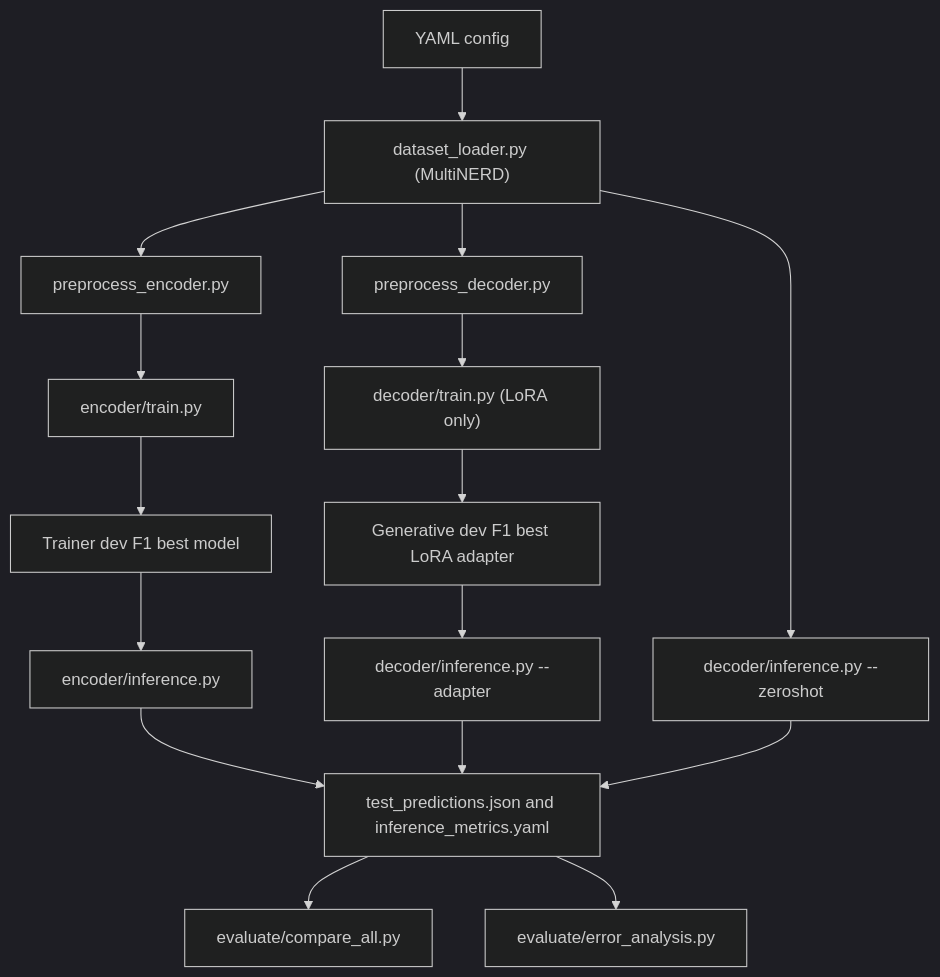
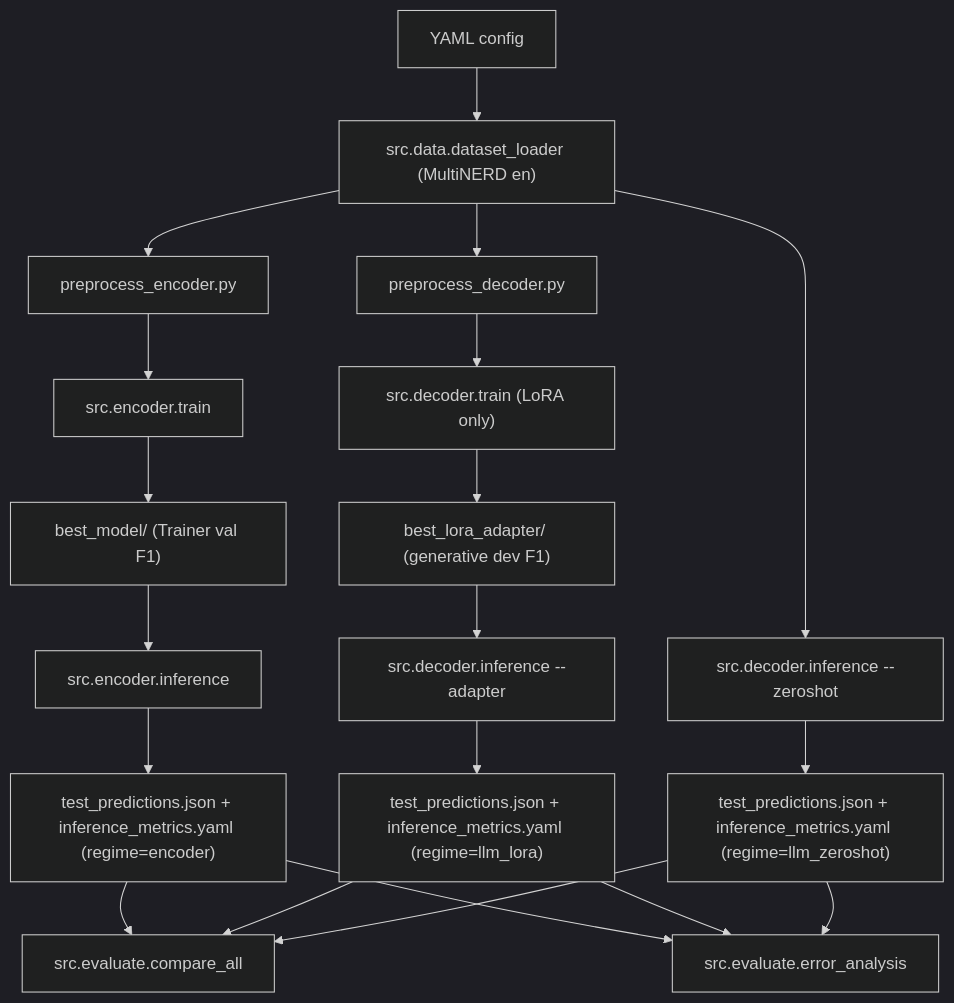
One commit to luajosman/bachelor-thesis-llm-vs-encoder-ner changed the diagram in README.md. Above: the diagram before and after it, drawn with Mermaid (dark theme). The commit also changed other lines of this file, not shown here.

````diff
--- a/README.md
+++ b/README.md
@@ -169,18 +195,27 @@
 ```mermaid
 flowchart TD
-    A["YAML config"] --> B["dataset_loader.py (MultiNERD)"]
+    A["YAML config"] --> B["src.data.dataset_loader (MultiNERD en)"]
     B --> C1["preprocess_encoder.py"]
     B --> C2["preprocess_decoder.py"]
-    C1 --> D1["encoder/train.py"]
-    C2 --> D2["decoder/train.py (LoRA only)"]
-    D1 --> E1["Trainer dev F1 best model"]
-    D2 --> E2["Generative dev F1 best LoRA adapter"]
-    E1 --> F1["encoder/inference.py"]
-    E2 --> F2a["decoder/inference.py --adapter"]
-    B --> F2b["decoder/inference.py --zeroshot"]
-    F1 --> G["test_predictions.json and inference_metrics.yaml"]
-    F2a --> G
-    F2b --> G
-    G --> H["evaluate/compare_all.py"]
-    G --> I["evaluate/error_analysis.py"]
+
+    C1 --> D1["src.encoder.train"]
+    C2 --> D2["src.decoder.train (LoRA only)"]
+
+    D1 --> E1["best_model/ (Trainer val F1)"]
+    D2 --> E2["best_lora_adapter/ (generative dev F1)"]
+
+    E1 --> F1["src.encoder.inference"]
+    E2 --> F2a["src.decoder.inference --adapter"]
+    B  --> F2b["src.decoder.inference --zeroshot"]
+
+    F1  --> G["test_predictions.json + inference_metrics.yaml (regime=encoder)"]
+    F2a --> G2["test_predictions.json + inference_metrics.yaml (regime=llm_lora)"]
+    F2b --> G3["test_predictions.json + inference_metrics.yaml (regime=llm_zeroshot)"]
+
+    G  --> H["src.evaluate.compare_all"]
+    G2 --> H
+    G3 --> H
+    G  --> I["src.evaluate.error_analysis"]
+    G2 --> I
+    G3 --> I
 ```
````
